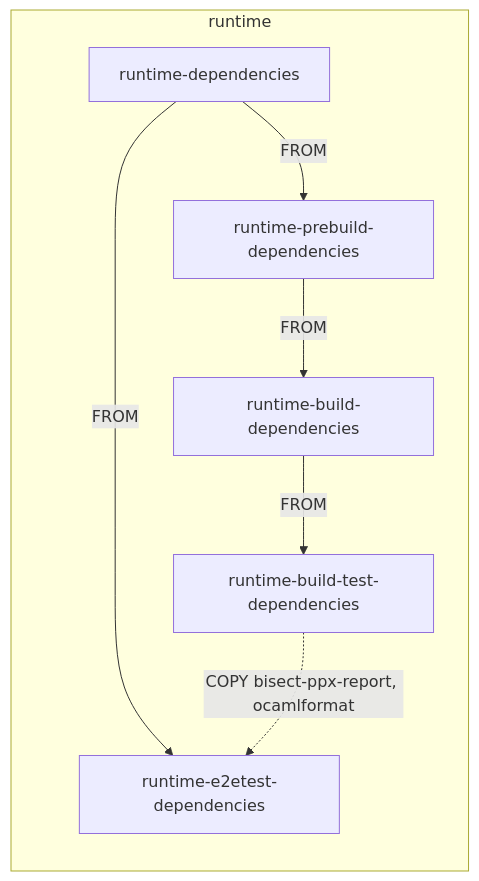
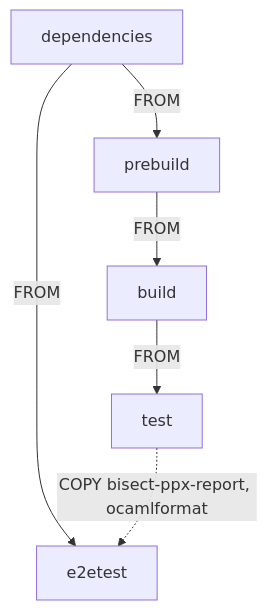
Before and after one commit to tezos/tezos-mirror: the diagram in images/ci/README.md, drawn with Mermaid. The commit also changed other lines of this file and 18 other files, not shown here.

````diff
--- a/images/ci/README.md
+++ b/images/ci/README.md
@@ -21,21 +21,8 @@
 ```mermaid
 graph TB
-
-    subgraph runtime
-        direction TB
-
-        R[runtime-dependencies]
-        RP[runtime-prebuild-dependencies]
-        RB[runtime-build-dependencies]
-        RT[runtime-build-test-dependencies]
-        RE[runtime-e2etest-dependencies]
-
-        R -->|FROM| RP
-        RP -->|FROM| RB
-        RB -->|FROM| RT
-
-        R -->|FROM| RE
-        RT -.->|COPY bisect-ppx-report, ocamlformat| RE
-    end
-
+  dependencies -->|FROM| prebuild
+  dependencies -->|FROM| e2etest
+  prebuild -->|FROM| build
+  build -->|FROM| test
+  test -.->|COPY bisect-ppx-report, ocamlformat| e2etest
 ```
````
